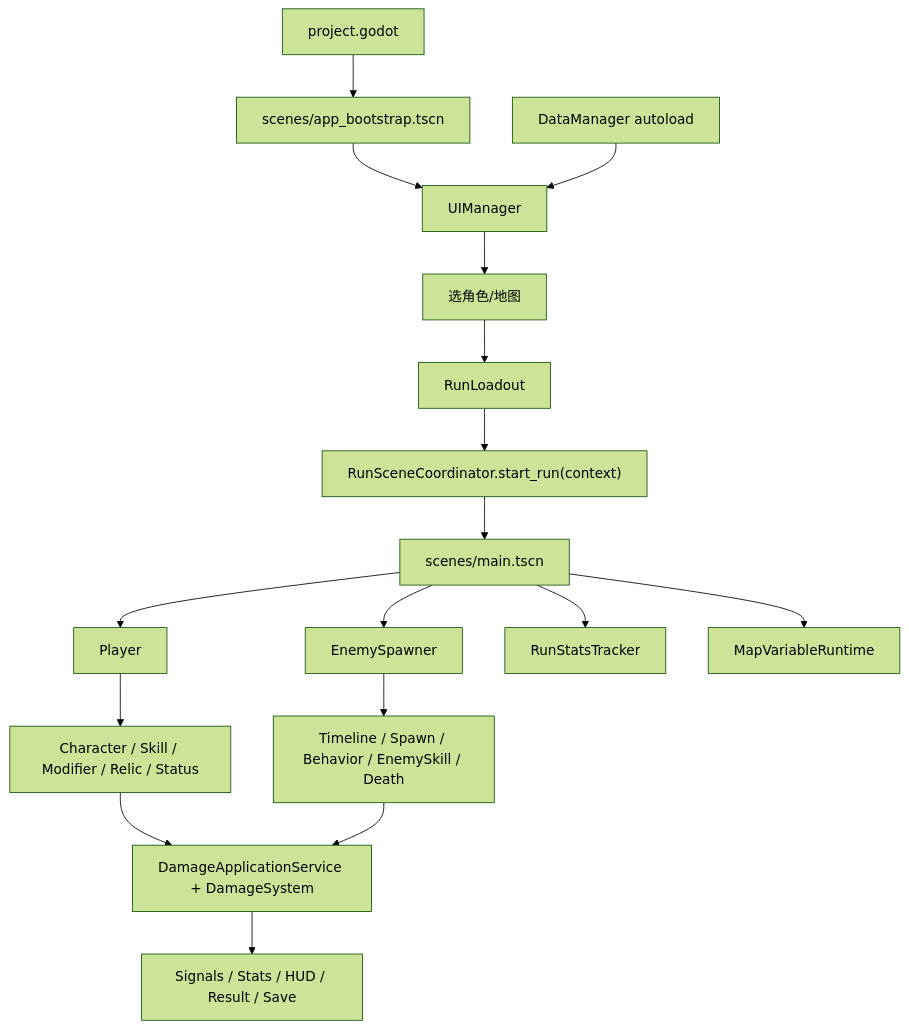
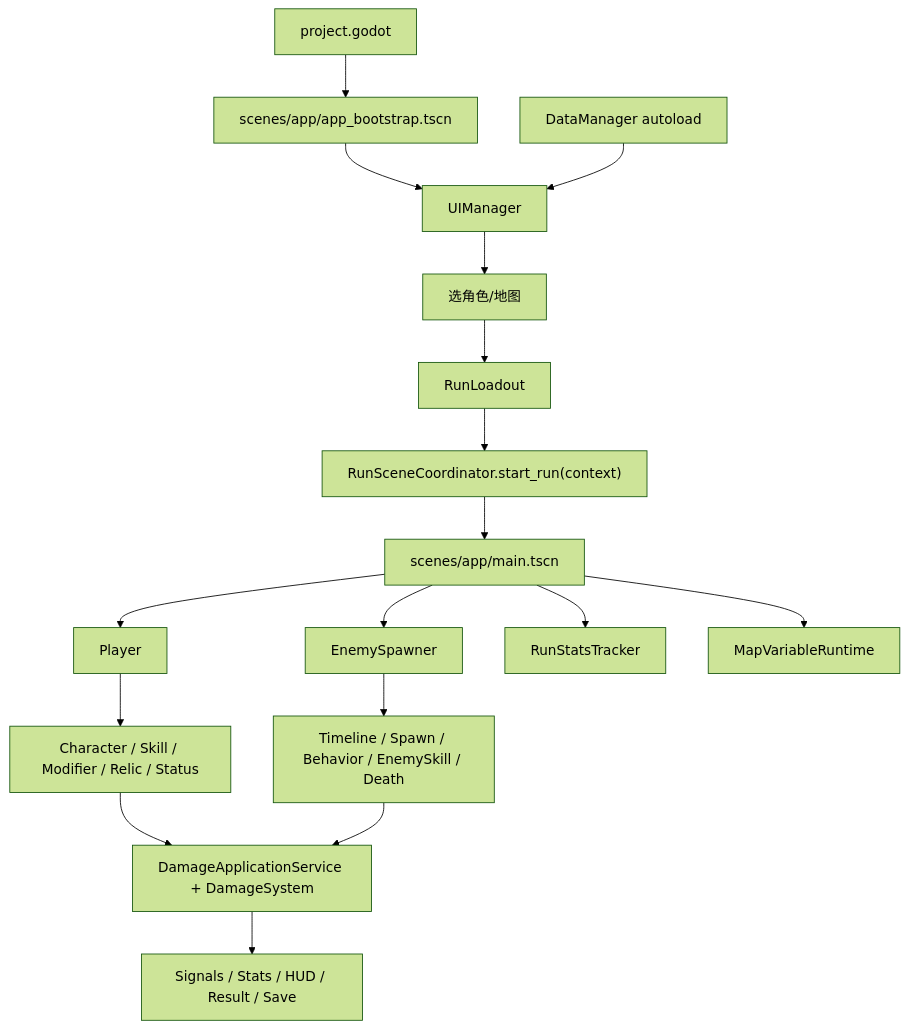
Before and after one commit to dengjunxicool-ai/roguelike_survivor: the diagram in docs/ALL_SYSTEMS_FUNCTIONAL_OVERVIEW.md, drawn with Mermaid (forest theme). The commit also changed other lines of this file and 16 other files, not shown here.

````diff
--- a/docs/ALL_SYSTEMS_FUNCTIONAL_OVERVIEW.md
+++ b/docs/ALL_SYSTEMS_FUNCTIONAL_OVERVIEW.md
@@ -9,19 +9,19 @@
 ```mermaid
 flowchart TD
-	A["project.godot"] --> B["scenes/app_bootstrap.tscn"]
+	A["project.godot"] --> B["scenes/app/app_bootstrap.tscn"]
 	B --> C["UIManager"]
 	D["DataManager autoload"] --> C
 	C --> E["选角色/地图"]
 	E --> F["RunLoadout"]
 	F --> G["RunSceneCoordinator.start_run(context)"]
-	G --> H["scenes/main.tscn"]
+	G --> H["scenes/app/main.tscn"]
 	H --> I["Player"]
 	H --> J["EnemySpawner"]
 	H --> K["RunStatsTracker"]
 	H --> L["MapVariableRuntime"]
 	I --> M["Character / Skill / Modifier / Relic / Status"]
 	J --> N["Timeline / Spawn / Behavior / EnemySkill / Death"]
 	M --> O["DamageApplicationService + DamageSystem"]
 	N --> O
 	O --> P["Signals / Stats / HUD / Result / Save"]
 ```
````
